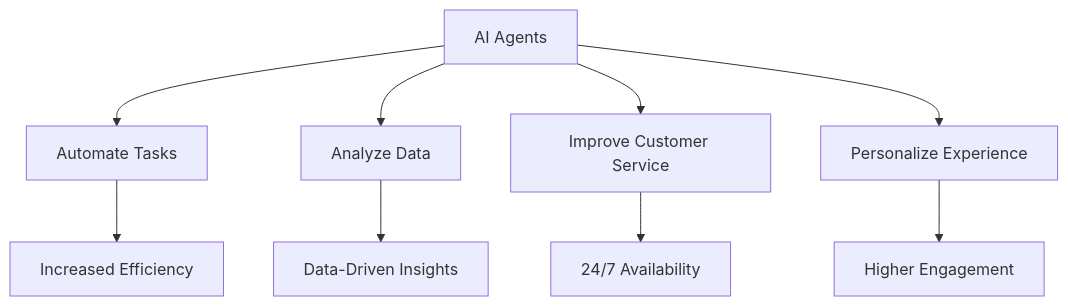
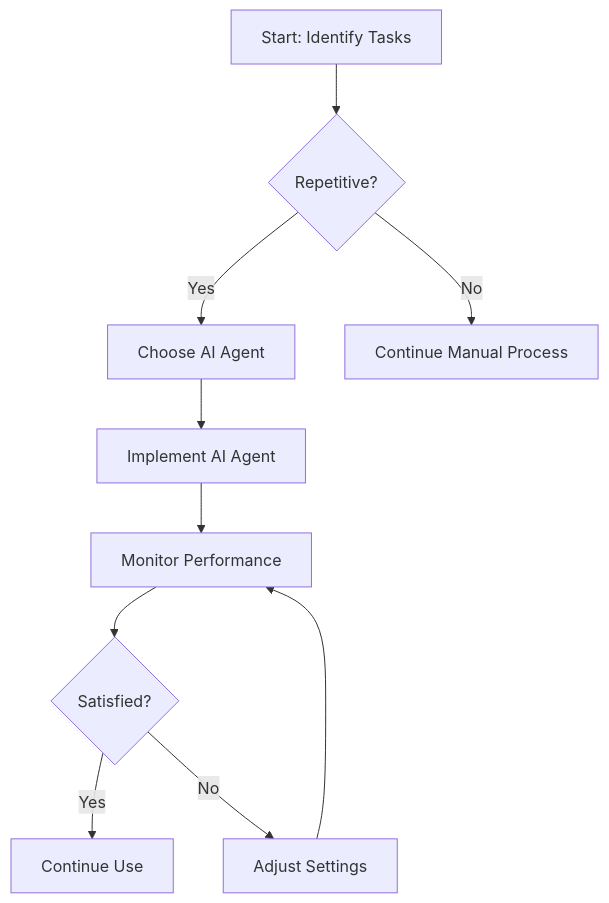
Before and after one commit to ai-tools-lab/ai-tools-lab.github.io: the diagram in content/posts/maximizing-productivity-with-ai-agents-in-2026.md, drawn with Mermaid. The commit also changed other lines of this file and 34 other files, not shown here.

````diff
--- a/content/posts/maximizing-productivity-with-ai-agents-in-2026.md
+++ b/content/posts/maximizing-productivity-with-ai-agents-in-2026.md
@@ -102,11 +124,12 @@
 ```mermaid
 graph TD;
-    A[AI Agents] --> B[Automate Tasks];
-    A --> C[Analyze Data];
-    A --> D[Improve Customer Service];
-    A --> E[Personalize Experience];
-    B --> F[Increased Efficiency];
-    C --> G[Data-Driven Insights];
-    D --> H[24/7 Availability];
-    E --> I[Higher Engagement];
+    A[Start: Identify Tasks] --> B{Repetitive?};
+    B -- Yes --> C[Choose AI Agent];
+    B -- No --> D[Continue Manual Process];
+    C --> E[Implement AI Agent];
+    E --> F[Monitor Performance];
+    F --> G{Satisfied?};
+    G -- Yes --> H[Continue Use];
+    G -- No --> I[Adjust Settings];
+    I --> F;
 ```
````
